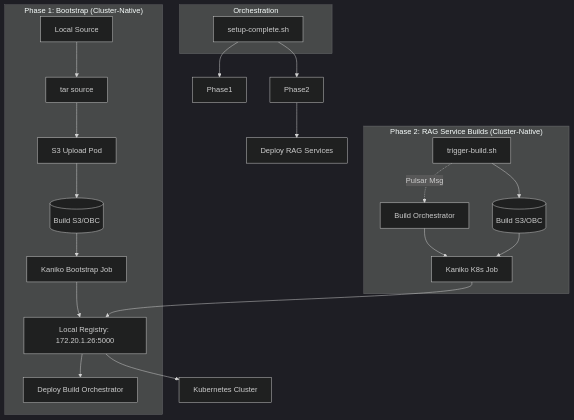
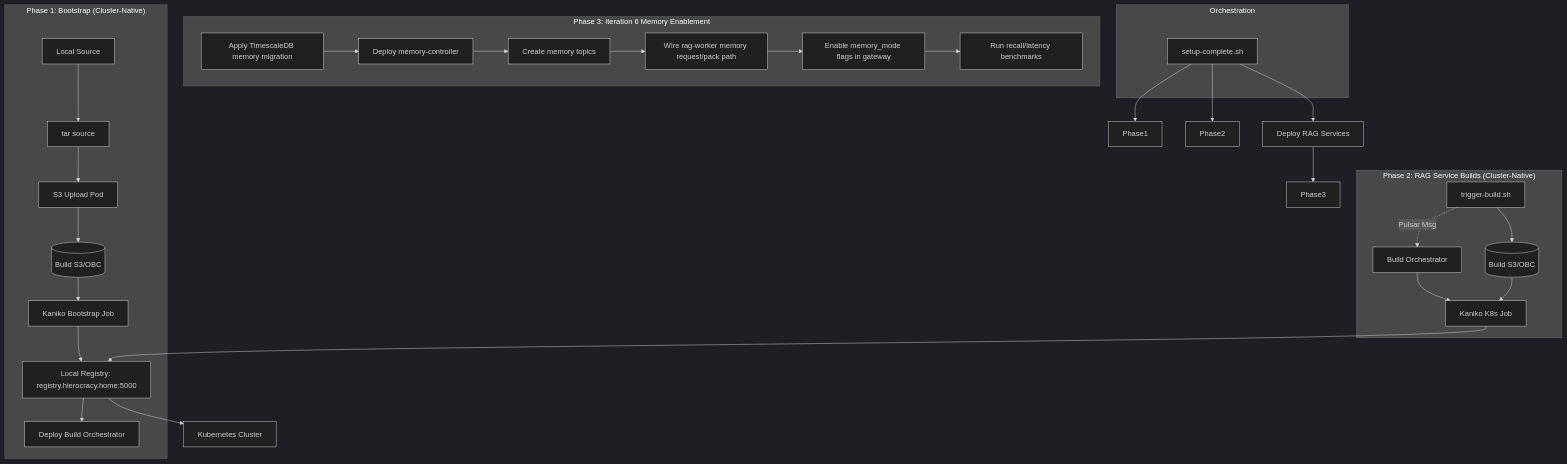
One commit to coppergate/RAG-CRD-BUILD changed the diagram in RAG-Build-Flow.mmd. Above: the diagram before and after it, drawn with Mermaid (dark theme). The commit also changed 2 other files, not shown here.

```diff
--- a/RAG-Build-Flow.mmd
+++ b/RAG-Build-Flow.mmd
@@ -1,27 +1,36 @@
 flowchart TD
     subgraph "Phase 1: Bootstrap (Cluster-Native)"
         Repo[Local Source] --> Pack[tar source]
         Pack --> Upload[S3 Upload Pod]
         Upload --> S3[(Build S3/OBC)]
         S3 --> BootstrapJob[Kaniko Bootstrap Job]
-        BootstrapJob --> Registry[Local Registry: 172.20.1.26:5000]
+        BootstrapJob --> Registry[Local Registry: registry.hierocracy.home:5000]
         Registry --> OrchDeploy[Deploy Build Orchestrator]
     end
 
     subgraph "Phase 2: RAG Service Builds (Cluster-Native)"
         Trigger[trigger-build.sh] --> S3_2[(Build S3/OBC)]
         Trigger -.->|Pulsar Msg| Orch[Build Orchestrator]
         Orch --> Kaniko[Kaniko K8s Job]
         S3_2 --> Kaniko
         Kaniko --> Registry
     end
 
+    subgraph "Phase 3: Iteration 6 Memory Enablement"
+        Migrate[Apply TimescaleDB memory migration] --> MemDeploy[Deploy memory-controller]
+        MemDeploy --> TopicInit[Create memory topics]
+        TopicInit --> WorkerWire[Wire rag-worker memory request/pack path]
+        WorkerWire --> GatewayFlags[Enable memory_mode flags in gateway]
+        GatewayFlags --> Eval[Run recall/latency benchmarks]
+    end
+
     Registry --> K8s[Kubernetes Cluster]
-    
+
     subgraph "Orchestration"
         Setup[setup-complete.sh]
     end
-    
+
     Setup --> Phase1
     Setup --> Phase2
-    Phase2 --> Deploy[Deploy RAG Services]
+    Setup --> Deploy[Deploy RAG Services]
+    Deploy --> Phase3
```
